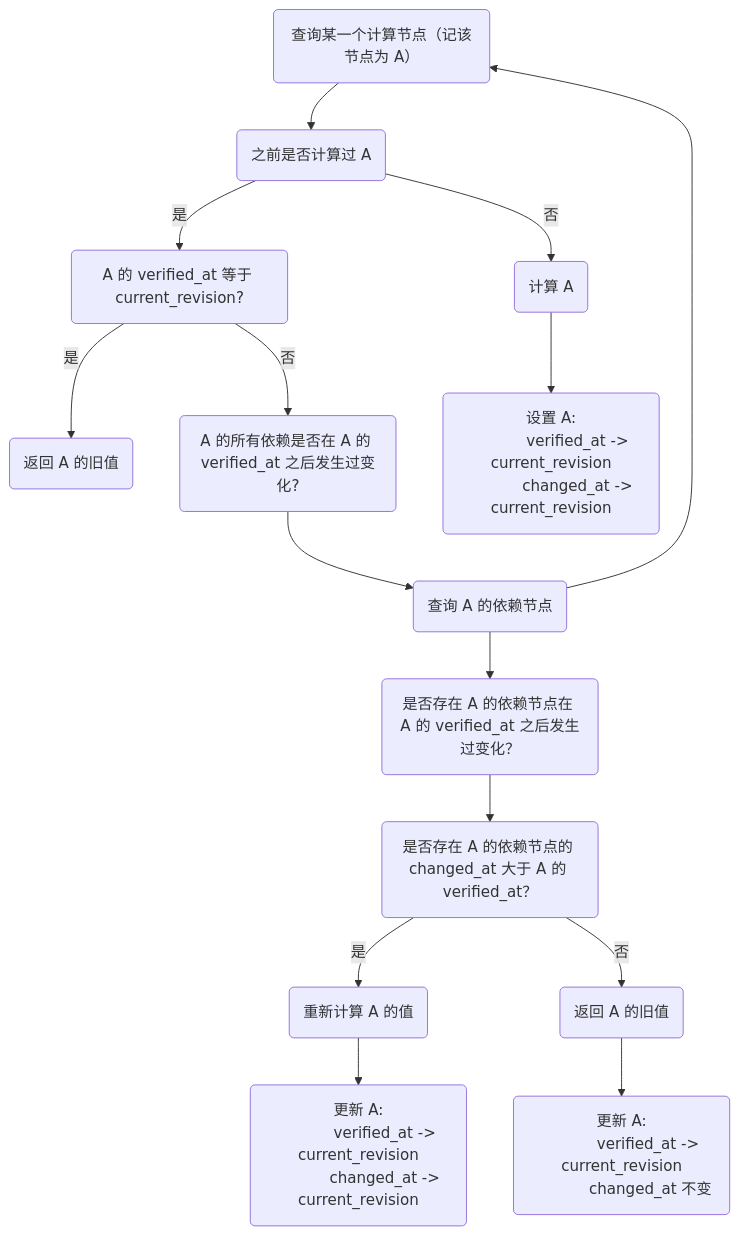
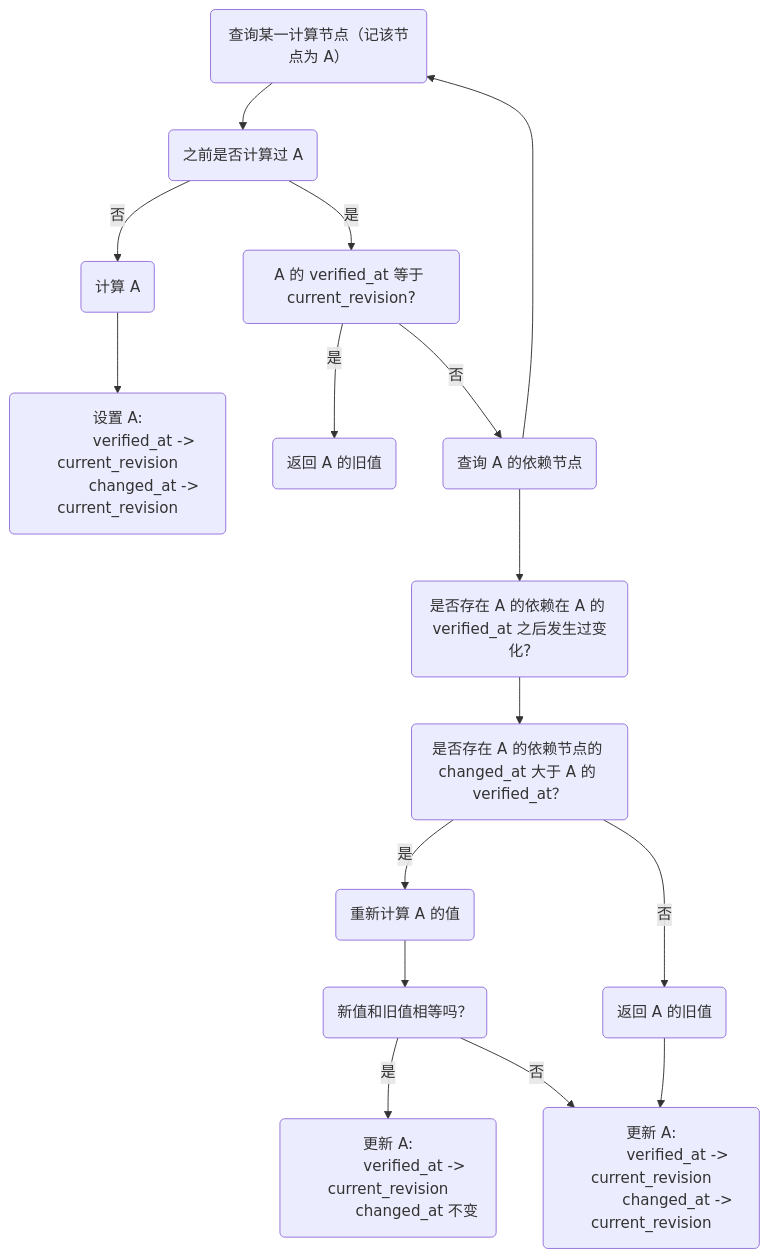
The sixth of 6 diagrams in posts/how_salsa_works.md (xffxff/xffxff.github.io), drawn with Mermaid before and after one commit. The commit also changed other lines of this file, not shown here.

````diff
--- a/posts/how_salsa_works.md
+++ b/posts/how_salsa_works.md
@@ -201,40 +202,44 @@
 ```mermaid
 graph TD
-    A("查询某一个计算节点（记该节点为 A）")
+    A("查询某一计算节点（记该节点为 A）")
     B("之前是否计算过 A")
     A --> B
     C("A 的 verified_at 等于 current_revision?")
+    B --> |否| N
     B --> |是| C
     C --> |是| D("返回 A 的旧值")
 
-    B --> |否| N
     N("计算 A")
 
     O("设置 A:
             verified_at -> current_revision
             changed_at -> current_revision")
     N --> O
 
 
-    F("A 的所有依赖是否在 A 的 verified_at 之后发生过变化?")
-    C --> |否| F
+    C --> |否| G
     G("查询 A 的依赖节点")
+    F("是否存在 A 的依赖在 A 的 verified_at 之后发生过变化?")
     G --> A
-    F --> G
+    G --> F
 
-    H("是否存在 A 的依赖节点在 A 的 verified_at 之后发生过变化？")
-    G --> H
     I("是否存在 A 的依赖节点的 changed_at 大于 A 的 verified_at？")
-    H --> I
+    F --> I
     I --> |是| J("重新计算 A 的值")
     I --> |否| K("返回 A 的旧值")
 
-    K --> L("更新 A:
+    M("更新 A:
+            verified_at -> current_revision
+            changed_at -> current_revision")
+
+    K --> M
+
+    P("新值和旧值相等吗？")
+    J --> P
+    P -->|是| L("更新 A:
             verified_at -> current_revision
             changed_at 不变")
 
-    J --> M("更新 A:
-            verified_at -> current_revision
-            changed_at -> current_revision")
 
+    P --> |否| M
 ```
````
